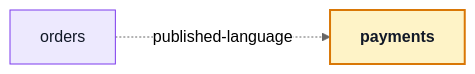
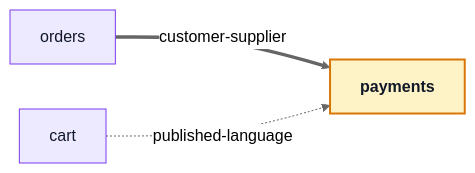
The first of 2 diagrams in docs/modules/payments.md (Guebbit/boilerplate-vue-frontend), drawn with Mermaid (neutral theme) before and after one commit. The commit also changed other lines of this file and 31 other files, not shown here.

````diff
--- a/docs/modules/payments.md
+++ b/docs/modules/payments.md
@@ -24,12 +24,13 @@
 ```mermaid
 %%{init: {'flowchart': {'nodeSpacing': 45, 'rankSpacing': 75}}}%%
 flowchart LR
-    orders["orders"] -.->|"published-language"| payments["<b>payments</b>"]
+    orders["orders"] ==>|"customer-supplier"| payments["<b>payments</b>"]
+    cart["cart"] -.->|"published-language"| payments["<b>payments</b>"]
 
     classDef core fill:#ede9fe,stroke:#7c3aed,color:#111827;
     classDef supporting fill:#dbeafe,stroke:#2563eb,color:#111827;
     classDef generic fill:#ccfbf1,stroke:#0f766e,color:#111827;
     classDef self fill:#fef3c7,stroke:#d97706,color:#111827,stroke-width:2px;
-    class orders core;
+    class orders,cart core;
     class payments self;
 ```
````
